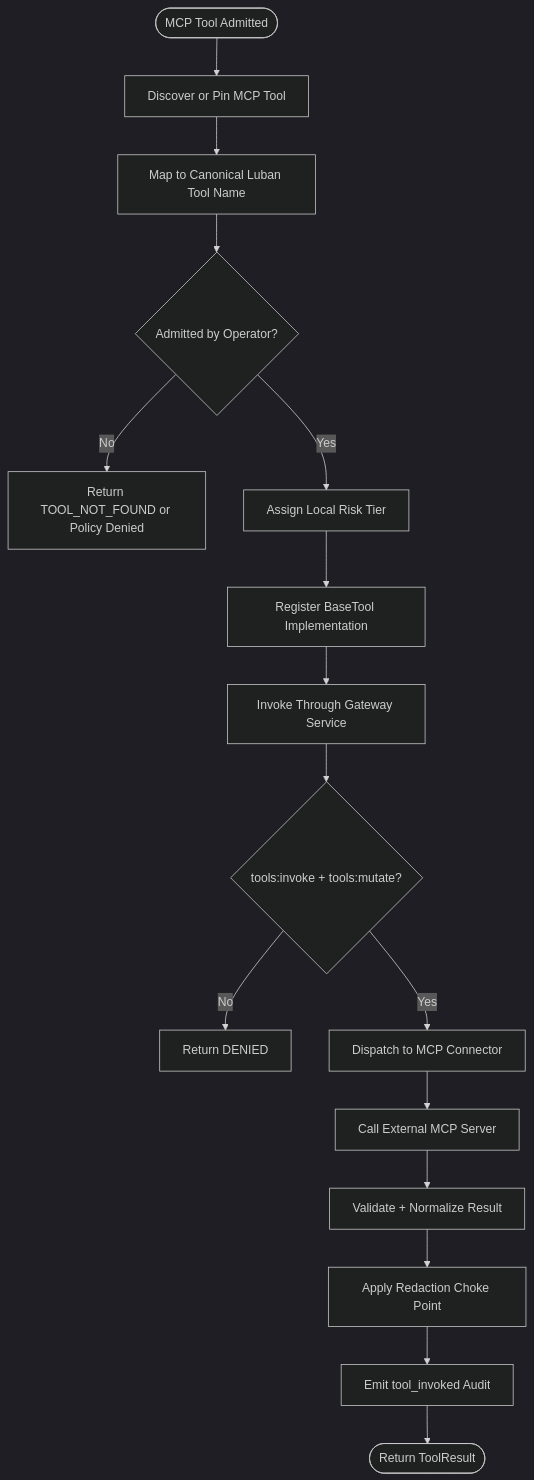
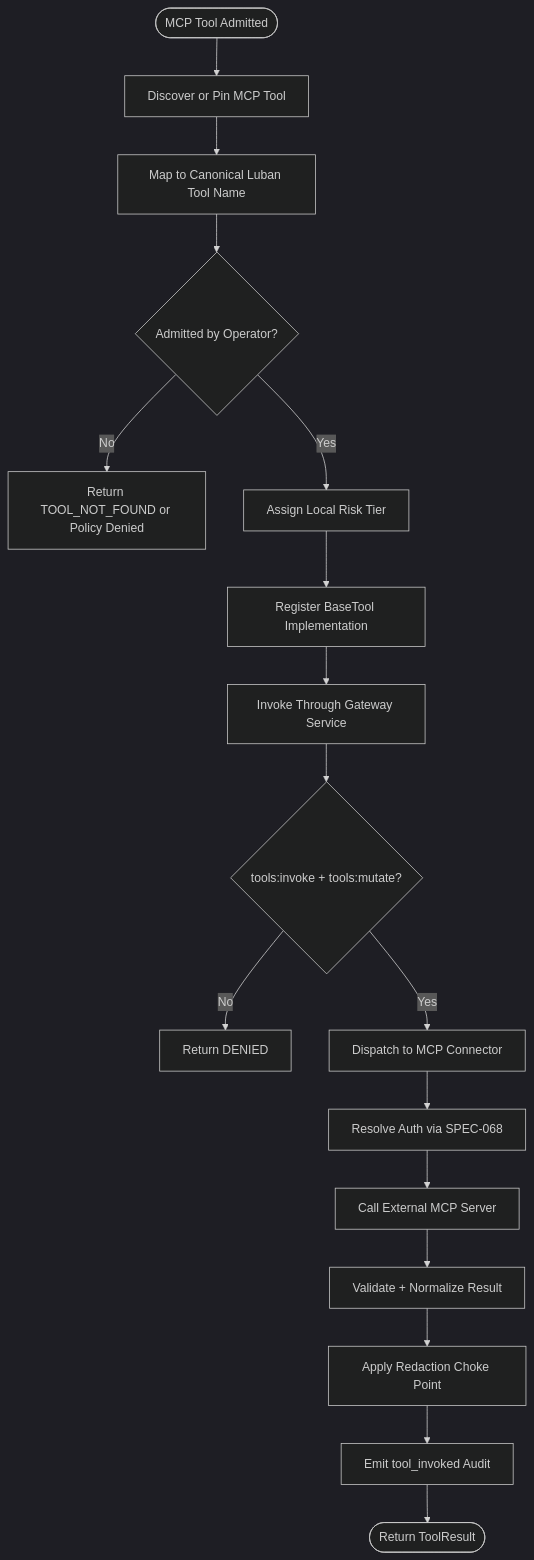
The third of 6 diagrams in .qoder/repowiki/en/content/Operator Portal/Workspace Management/MCP Ingestion Strategy.md (alainlei/luban-aiops), drawn with Mermaid (dark theme) before and after one commit. The commit also changed other lines of this file and 146 other files, not shown here.

````diff
--- a/.qoder/repowiki/en/content/Operator Portal/Workspace Management/MCP Ingestion Strategy.md
+++ b/.qoder/repowiki/en/content/Operator Portal/Workspace Management/MCP Ingestion Strategy.md
@@ -217,18 +230,19 @@
 ```mermaid
 flowchart TD
 Start(["MCP Tool Admitted"]) --> Discover["Discover or Pin MCP Tool"]
 Discover --> MapName["Map to Canonical Luban Tool Name"]
 MapName --> CheckAllowlist{"Admitted by Operator?"}
 CheckAllowlist --> |No| Deny["Return TOOL_NOT_FOUND or Policy Denied"]
 CheckAllowlist --> |Yes| AssignTier["Assign Local Risk Tier"]
 AssignTier --> Register["Register BaseTool Implementation"]
 Register --> Invoke["Invoke Through Gateway Service"]
 Invoke --> PolicyCheck{"tools:invoke + tools:mutate?"}
 PolicyCheck --> |No| Denied["Return DENIED"]
 PolicyCheck --> |Yes| Dispatch["Dispatch to MCP Connector"]
-Dispatch --> CallServer["Call External MCP Server"]
+Dispatch --> ResolveAuth["Resolve Auth via SPEC-068"]
+ResolveAuth --> CallServer["Call External MCP Server"]
 CallServer --> Normalize["Validate + Normalize Result"]
 Normalize --> Redact["Apply Redaction Choke Point"]
 Redact --> Audit["Emit tool_invoked Audit"]
 Audit --> Return(["Return ToolResult"])
 ```
````
